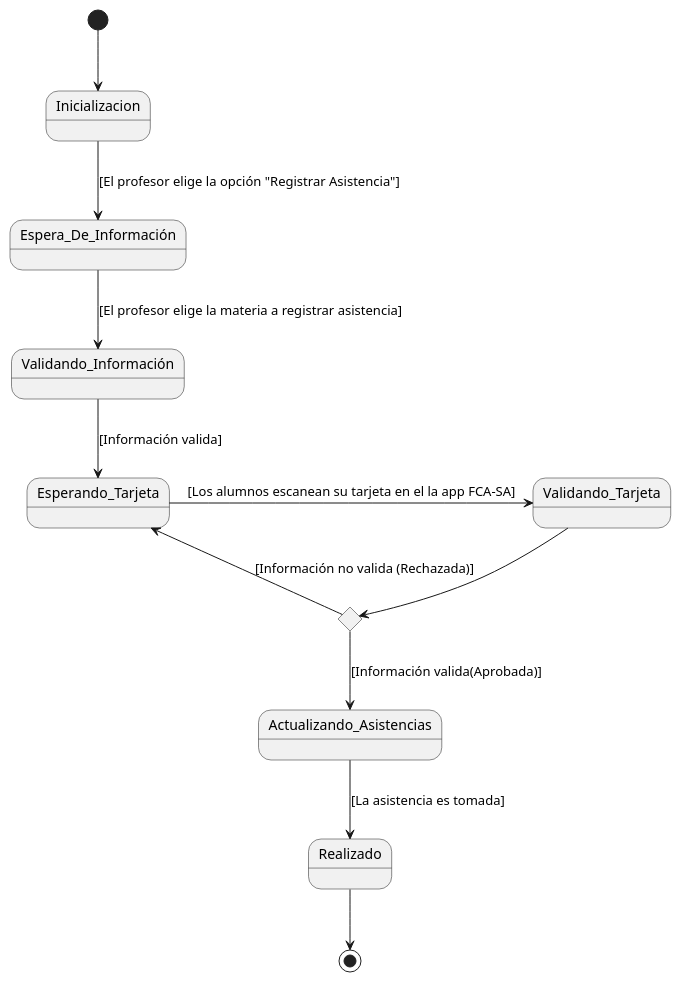
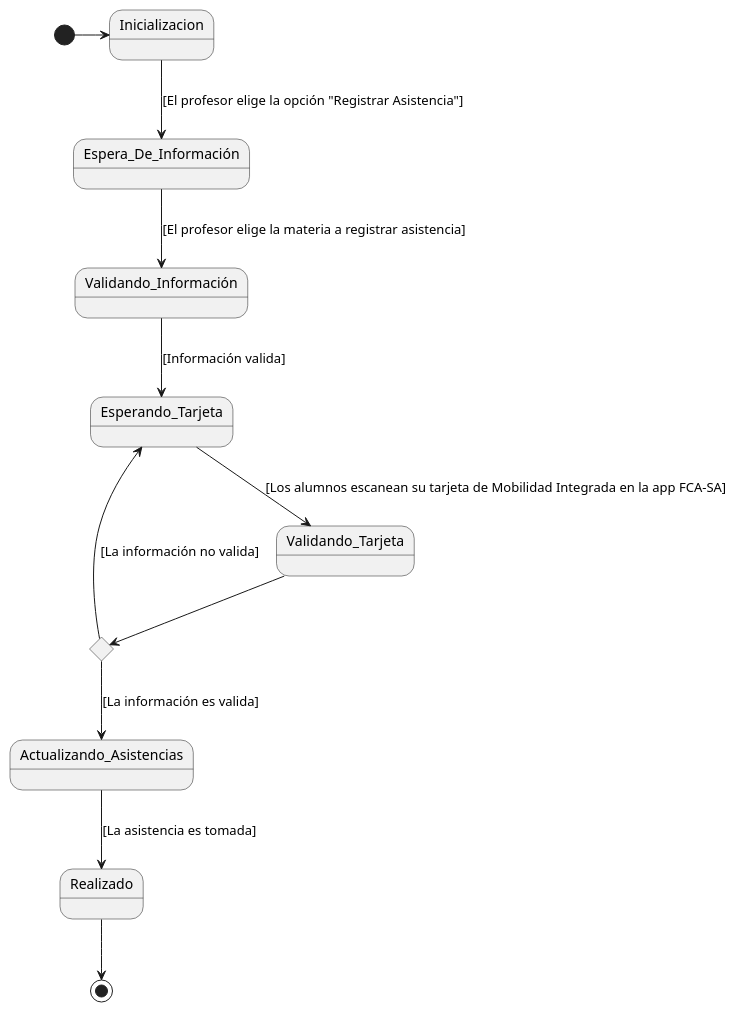
Before and after one commit to AngelGabriel02/Proyecto-Sistemas: the diagram in Diseño/06_design/Diagrama_de_Estados/DE_001.puml, drawn with PlantUML. The commit also changed 7 other files, not shown here.

```diff
--- a/Diseño/06_design/Diagrama_de_Estados/DE_001.puml
+++ b/Diseño/06_design/Diagrama_de_Estados/DE_001.puml
@@ -1,26 +1,18 @@
 @startuml DE_001
 
 state c1 <<choice>>
 
-[*] -down-> Inicializacion
+[*] -> Inicializacion
+Inicializacion --> Espera_De_Información : [El profesor elige la opción "Registrar Asistencia"]
+Espera_De_Información --> Validando_Información : [El profesor elige la materia a registrar asistencia]
+Validando_Información --> Esperando_Tarjeta : [Información valida]
 
-Inicializacion -down-> Espera_De_Información : [El profesor elige la opción "Registrar Asistencia"] 
+Esperando_Tarjeta --> Validando_Tarjeta : [Los alumnos escanean su tarjeta de Mobilidad Integrada en la app FCA-SA]
+Validando_Tarjeta --> c1
+c1 --> Esperando_Tarjeta : [La información no valida]
+c1 --> Actualizando_Asistencias : [La información es valida]
+Actualizando_Asistencias --> Realizado : [La asistencia es tomada]
+Realizado --> [*]
 
 
-Espera_De_Información -down-> Validando_Información : [El profesor elige la materia a registrar asistencia] 
-
-Validando_Información -down-> Esperando_Tarjeta : [Información valida] 
-
-Esperando_Tarjeta -> Validando_Tarjeta : [Los alumnos escanean su tarjeta en el la app FCA-SA] 
-
-Validando_Tarjeta -down-> c1 
-
-c1 -> Esperando_Tarjeta : [Información no valida (Rechazada)]
-
-c1 -down-> Actualizando_Asistencias : [Información valida(Aprobada)] 
-
-Actualizando_Asistencias -down-> Realizado : [La asistencia es tomada] 
-
-Realizado -down-> [*] 
-
 @enduml
```
